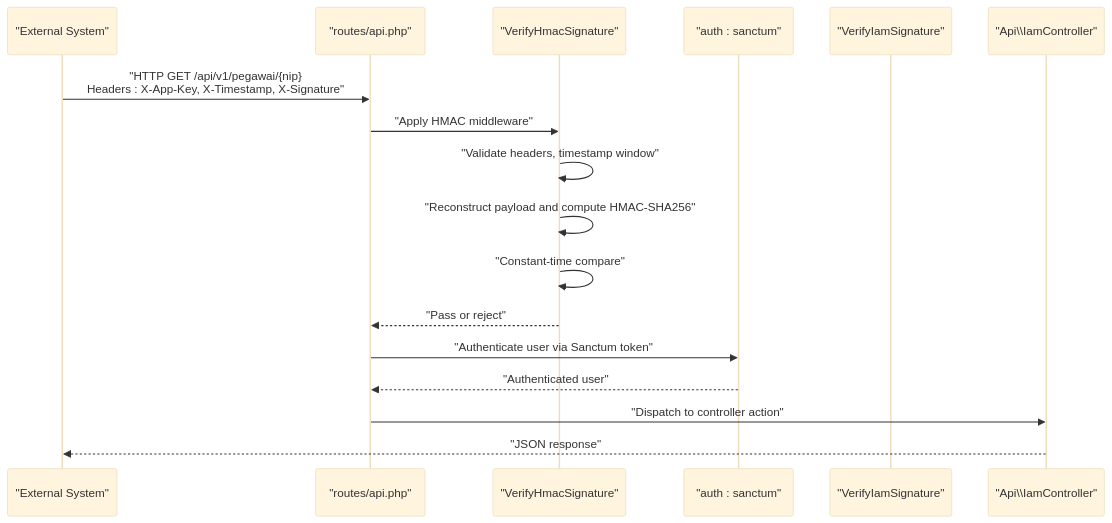
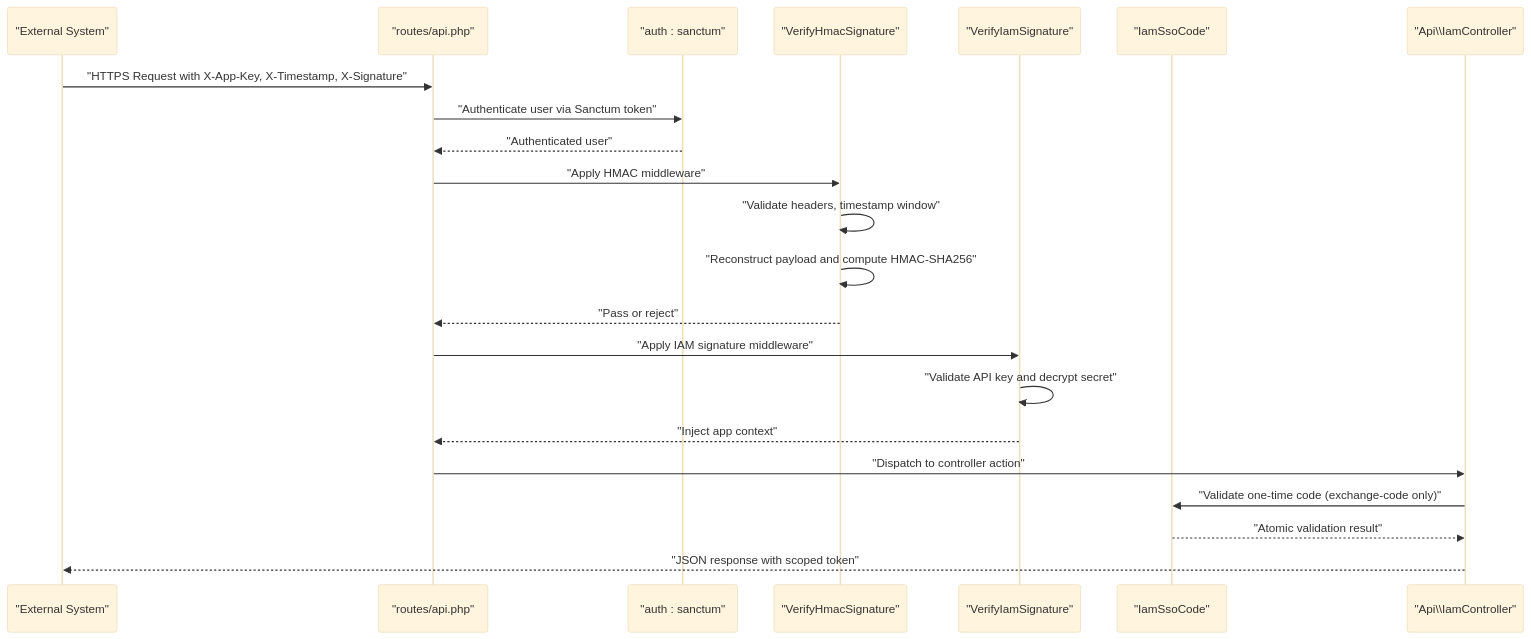
Before and after one commit to PA-Penajam/kepegawaian_apps: the second of 11 diagrams in .qoder/repowiki/en/content/Security Considerations/Security Considerations.md, drawn with Mermaid (base theme). The commit also changed other lines of this file and 13 other files, not shown here.

````diff
--- a/.qoder/repowiki/en/content/Security Considerations/Security Considerations.md
+++ b/.qoder/repowiki/en/content/Security Considerations/Security Considerations.md
@@ -138,19 +153,24 @@
 ```mermaid
 sequenceDiagram
 participant Ext as "External System"
 participant API as "routes/api.php"
+participant SAN as "auth : sanctum"
 participant HMAC as "VerifyHmacSignature"
-participant SAN as "auth : sanctum"
 participant IAM as "VerifyIamSignature"
+participant CODE as "IamSsoCode"
 participant CTRL as "Api\\IamController"
-Ext->>API : "HTTP GET /api/v1/pegawai/{nip}<br/>Headers : X-App-Key, X-Timestamp, X-Signature"
+Ext->>API : "HTTPS Request with X-App-Key, X-Timestamp, X-Signature"
+API->>SAN : "Authenticate user via Sanctum token"
+SAN-->>API : "Authenticated user"
 API->>HMAC : "Apply HMAC middleware"
 HMAC->>HMAC : "Validate headers, timestamp window"
 HMAC->>HMAC : "Reconstruct payload and compute HMAC-SHA256"
-HMAC->>HMAC : "Constant-time compare"
 HMAC-->>API : "Pass or reject"
-API->>SAN : "Authenticate user via Sanctum token"
-SAN-->>API : "Authenticated user"
+API->>IAM : "Apply IAM signature middleware"
+IAM->>IAM : "Validate API key and decrypt secret"
+IAM-->>API : "Inject app context"
 API->>CTRL : "Dispatch to controller action"
-CTRL-->>Ext : "JSON response"
+CTRL->>CODE : "Validate one-time code (exchange-code only)"
+CODE-->>CTRL : "Atomic validation result"
+CTRL-->>Ext : "JSON response with scoped token"
 ```
````
